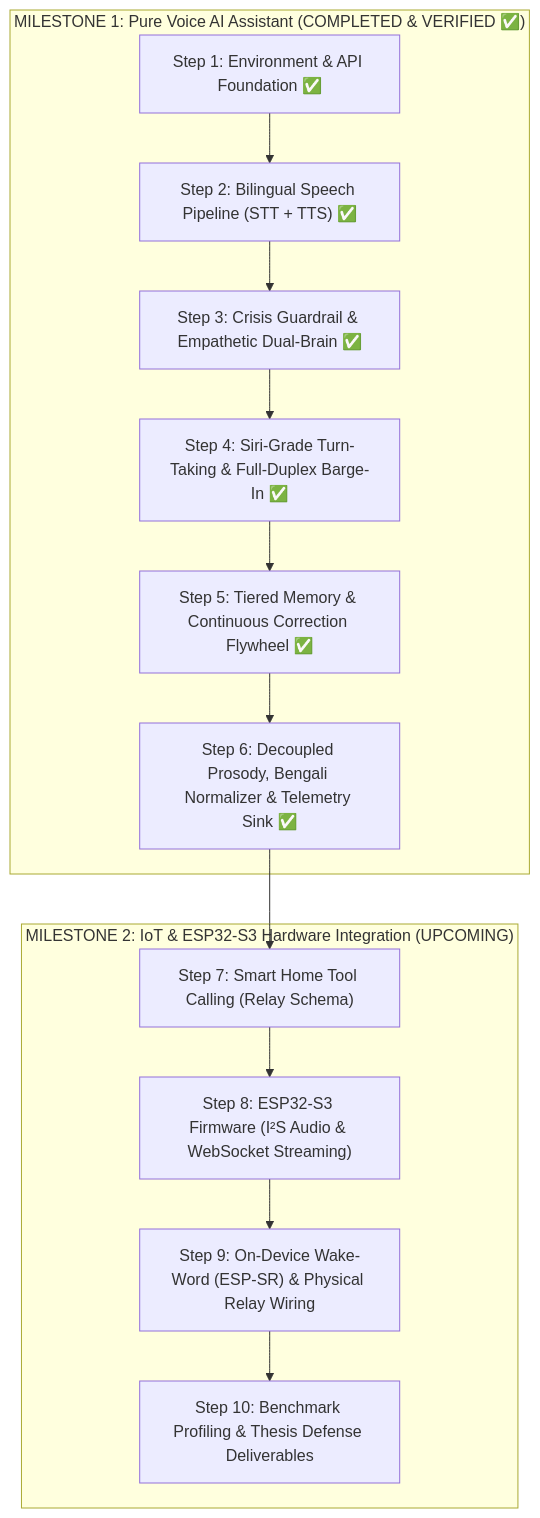
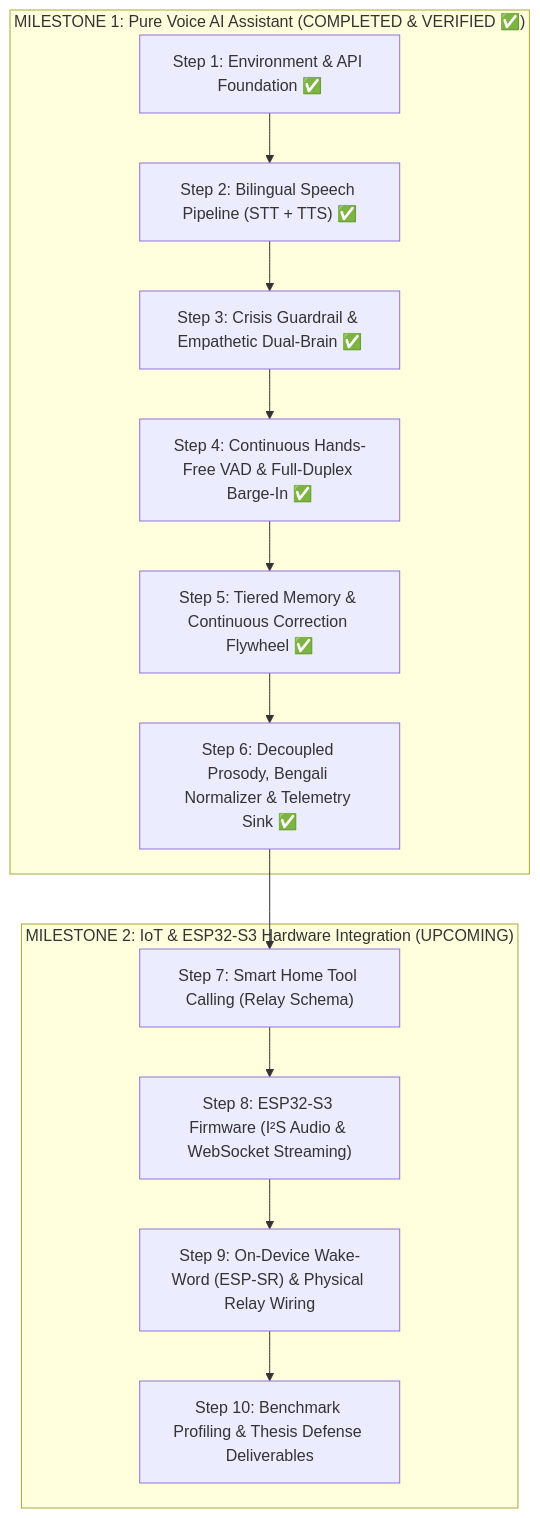
Before and after one commit to fahadrahman444/maya-multilingual-voice-iot: the diagram in WorkingProcess.md, drawn with Mermaid. The commit also changed other lines of this file and 7 other files, not shown here.

````diff
--- a/WorkingProcess.md
+++ b/WorkingProcess.md
@@ -11,17 +11,17 @@
 ```mermaid
 flowchart TD
     subgraph M1["MILESTONE 1: Pure Voice AI Assistant (COMPLETED & VERIFIED ✅)"]
         S1["Step 1: Environment & API Foundation ✅"] --> S2["Step 2: Bilingual Speech Pipeline (STT + TTS) ✅"]
         S2 --> S3["Step 3: Crisis Guardrail & Empathetic Dual-Brain ✅"]
-        S3 --> S4["Step 4: Siri-Grade Turn-Taking & Full-Duplex Barge-In ✅"]
+        S3 --> S4["Step 4: Continuous Hands-Free VAD & Full-Duplex Barge-In ✅"]
         S4 --> S5["Step 5: Tiered Memory & Continuous Correction Flywheel ✅"]
         S5 --> S6["Step 6: Decoupled Prosody, Bengali Normalizer & Telemetry Sink ✅"]
     end
 
     subgraph M2["MILESTONE 2: IoT & ESP32-S3 Hardware Integration (UPCOMING)"]
         S6 --> S7["Step 7: Smart Home Tool Calling (Relay Schema)"]
         S7 --> S8["Step 8: ESP32-S3 Firmware (I²S Audio & WebSocket Streaming)"]
         S8 --> S9["Step 9: On-Device Wake-Word (ESP-SR) & Physical Relay Wiring"]
         S9 --> S10["Step 10: Benchmark Profiling & Thesis Defense Deliverables"]
     end
 ```
````
